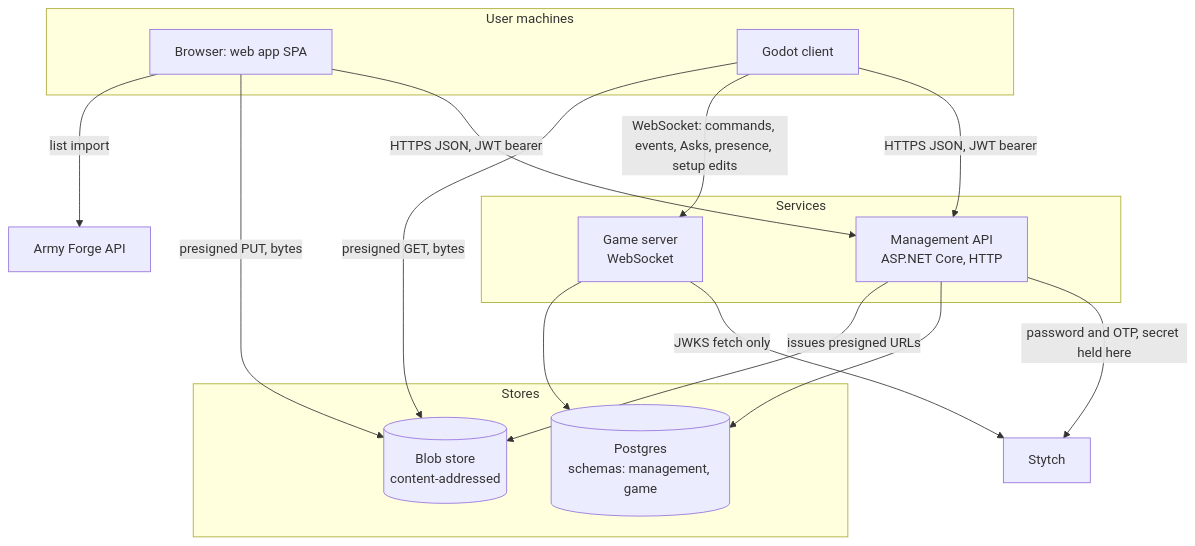
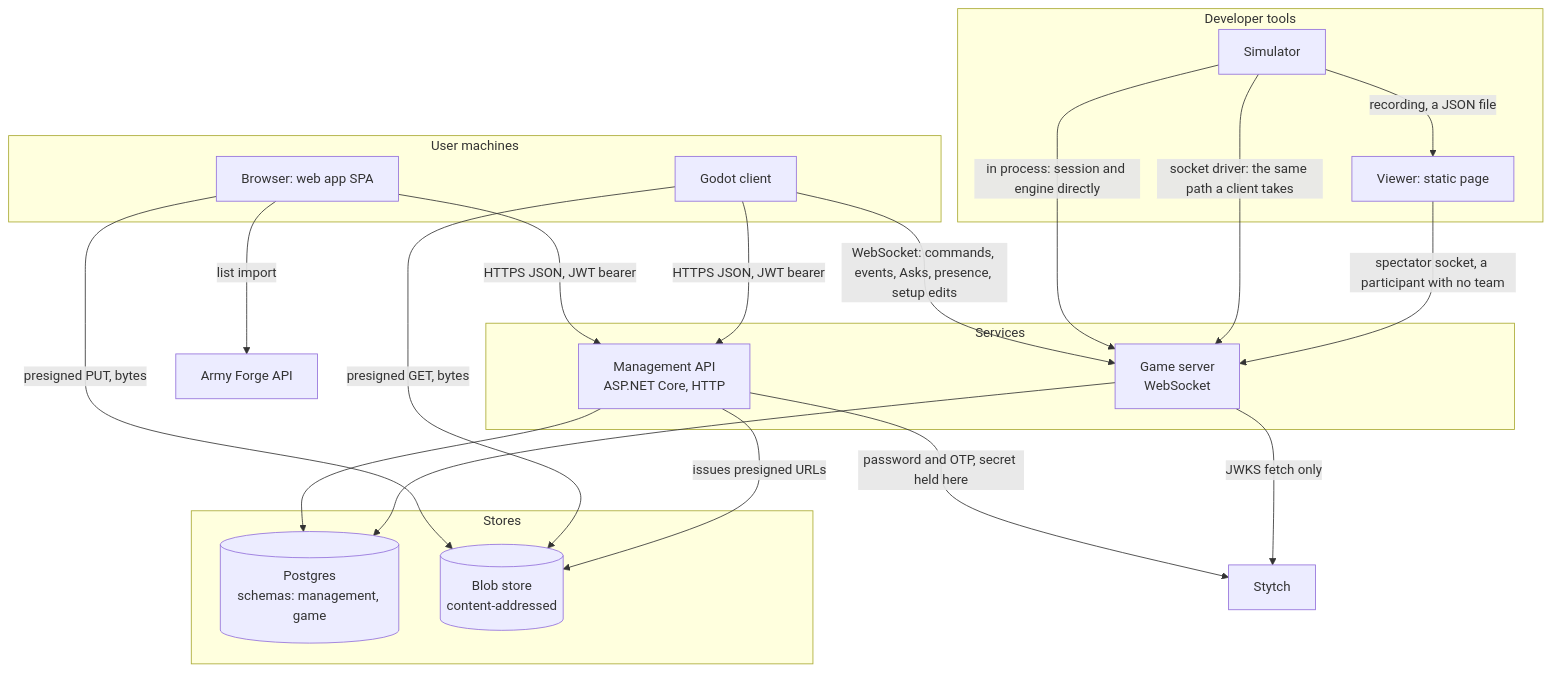
Before and after one commit to cstupi/tabletop: the first of 8 diagrams in docs/design/README.md, drawn with Mermaid. The commit also changed other lines of this file and 6 other files, not shown here.

````diff
--- a/docs/design/README.md
+++ b/docs/design/README.md
@@ -39,29 +46,37 @@
 ```mermaid
 flowchart TB
   subgraph user["User machines"]
     browser["Browser: web app SPA"]
     client["Godot client"]
+  end
+  subgraph dev["Developer tools"]
+    sim["Simulator"]
+    viewer["Viewer: static page"]
   end
   subgraph services["Services"]
     mgmt["Management API<br/>ASP.NET Core, HTTP"]
     game["Game server<br/>WebSocket"]
   end
   subgraph stores["Stores"]
     pg[("Postgres<br/>schemas: management, game")]
     blob[("Blob store<br/>content-addressed")]
   end
   stytch["Stytch"]
   forge["Army Forge API"]
 
   browser -->|"HTTPS JSON, JWT bearer"| mgmt
   browser -->|"presigned PUT, bytes"| blob
   browser -->|"list import"| forge
   client -->|"HTTPS JSON, JWT bearer"| mgmt
   client -->|"WebSocket: commands, events, Asks, presence, setup edits"| game
   client -->|"presigned GET, bytes"| blob
   mgmt -->|"password and OTP, secret held here"| stytch
   game -->|"JWKS fetch only"| stytch
   mgmt --> pg
   game --> pg
   mgmt -->|"issues presigned URLs"| blob
+  sim -->|"in process: session and engine directly"| game
+  sim -->|"socket driver: the same path a client takes"| game
+  sim -->|"recording, a JSON file"| viewer
+  viewer -->|"spectator socket, a participant with no team"| game
 ```
````
